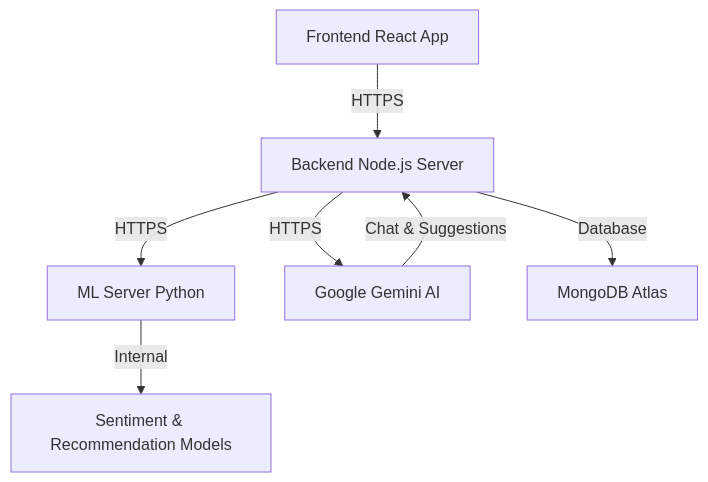
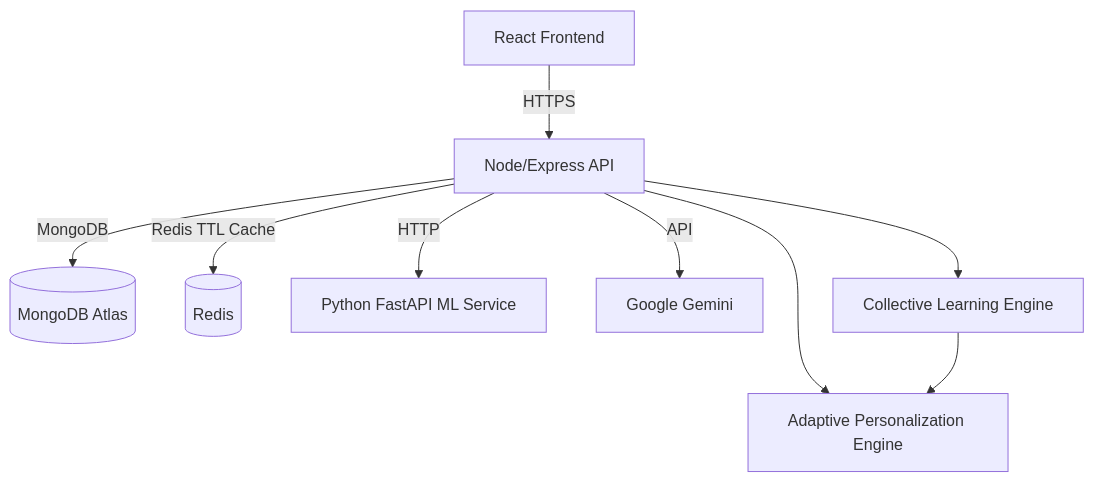
One commit to Aryan030204/mindEase changed the diagram in DOCUMENTATION.md. Above: the diagram before and after it, drawn with Mermaid. The commit also changed other lines of this file and 9 other files, not shown here.

````diff
--- a/DOCUMENTATION.md
+++ b/DOCUMENTATION.md
@@ -11,9 +17,11 @@
 ```mermaid
 graph TD
-    A[Frontend React App] -->|HTTPS| B[Backend Node.js Server]
-    B -->|HTTPS| C[ML Server Python]
-    B -->|HTTPS| F[Google Gemini AI]
-    B -->|Database| D[MongoDB Atlas]
-    C -->|Internal| E[Sentiment & Recommendation Models]
-    F -->|Chat & Suggestions| B
+    A[React Frontend] -->|HTTPS| B[Node/Express API]
+    B -->|MongoDB| C[(MongoDB Atlas)]
+    B -->|Redis TTL Cache| D[(Redis)]
+    B -->|HTTP| E[Python FastAPI ML Service]
+    B -->|API| F[Google Gemini]
+    B --> G[Adaptive Personalization Engine]
+    B --> H[Collective Learning Engine]
+    H --> G
 ```
````
